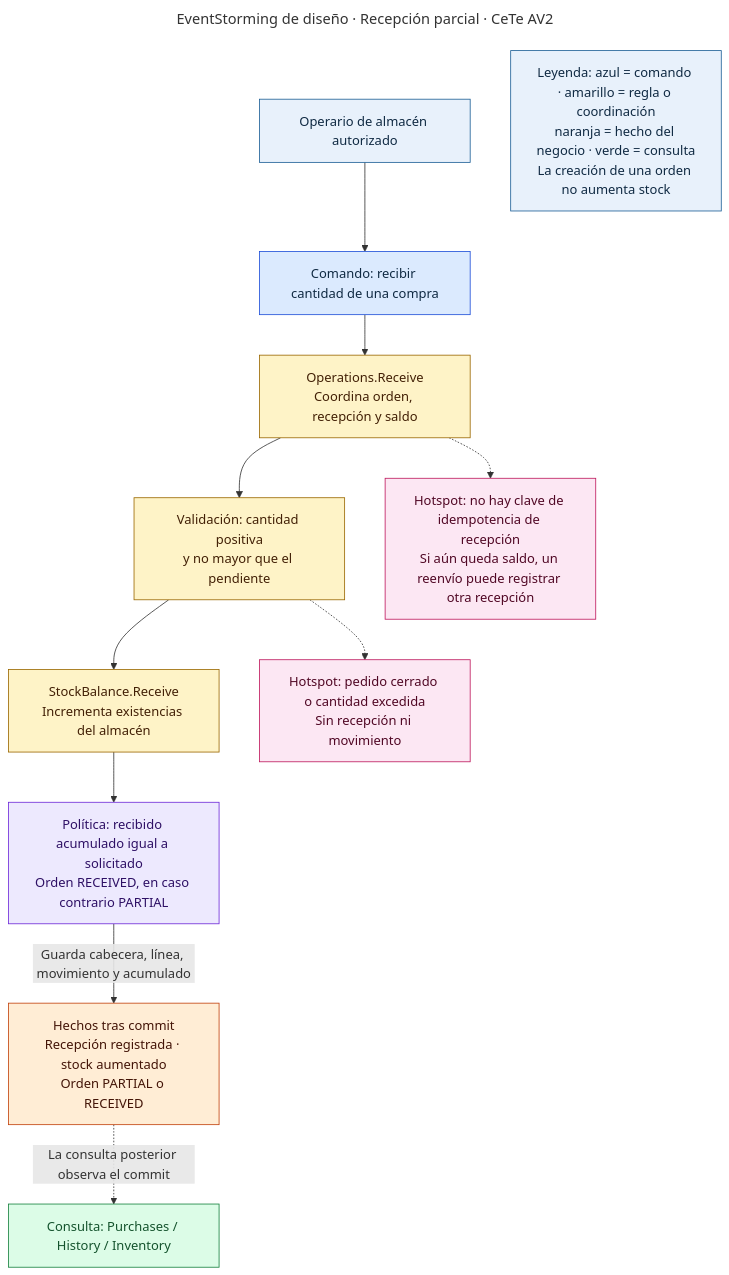
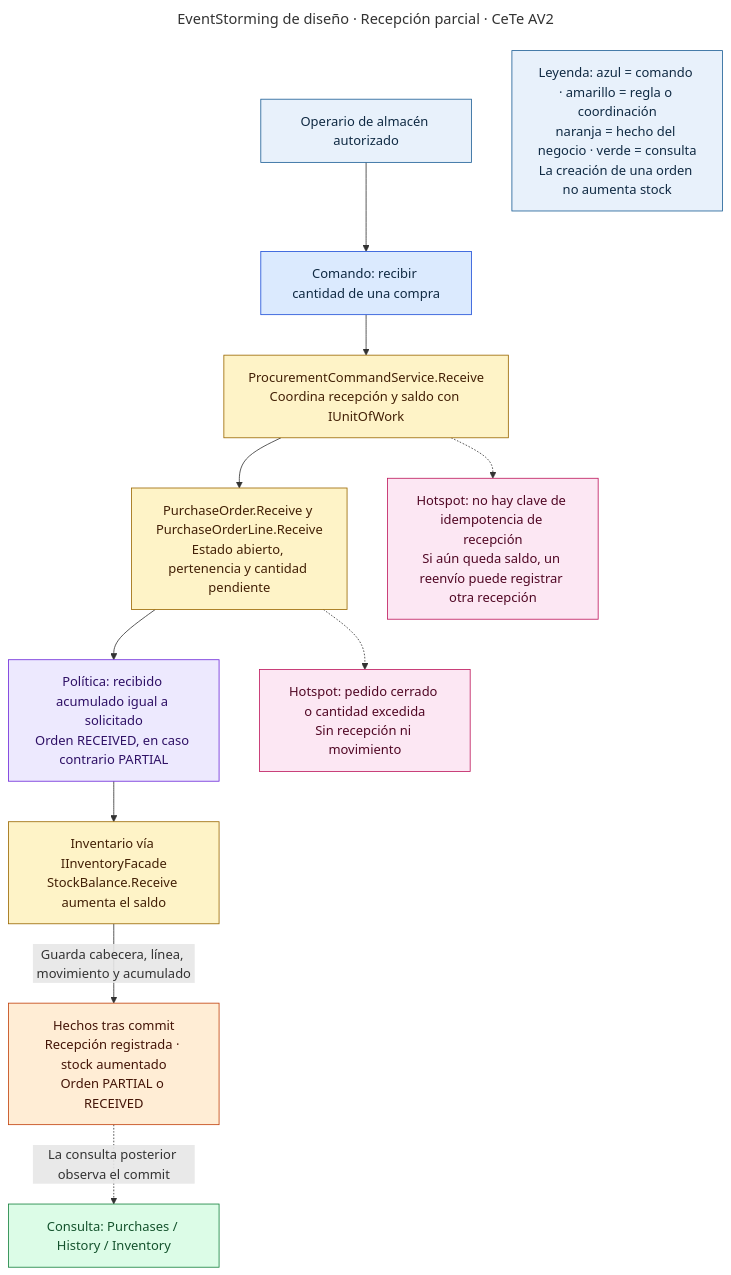
The diagram in diagrams/event-storming-receipt.mmd (Nexxus-ops/Report-CeTe), drawn with Mermaid before and after one commit. The commit also changed 34 other files, not shown here.

Commit message:
docs(architecture): align report with deployed DDD contexts

```diff
--- a/diagrams/event-storming-receipt.mmd
+++ b/diagrams/event-storming-receipt.mmd
@@ -1,28 +1,28 @@
 ---
 title: EventStorming de diseño · Recepción parcial · CeTe AV2
 ---
 flowchart TB
   A["Operario de almacén autorizado"]:::actor
   C["Comando: recibir cantidad de una compra"]:::command
-  O["Operations.Receive<br/>Coordina orden, recepción y saldo"]:::aggregate
-  P["Validación: cantidad positiva<br/>y no mayor que el pendiente"]:::aggregate
-  B["StockBalance.Receive<br/>Incrementa existencias del almacén"]:::aggregate
+  O["ProcurementCommandService.Receive<br/>Coordina recepción y saldo con IUnitOfWork"]:::aggregate
+  P["PurchaseOrder.Receive y PurchaseOrderLine.Receive<br/>Estado abierto, pertenencia y cantidad pendiente"]:::aggregate
+  B["Inventario vía IInventoryFacade<br/>StockBalance.Receive aumenta el saldo"]:::aggregate
   E["Hechos tras commit<br/>Recepción registrada · stock aumentado<br/>Orden PARTIAL o RECEIVED"]:::event
   Q["Consulta: Purchases / History / Inventory"]:::query
-  A --> C --> O --> P --> B
+  A --> C --> O --> P
   E -.->|"La consulta posterior observa el commit"| Q
   K["Leyenda: azul = comando · amarillo = regla o coordinación<br/>naranja = hecho del negocio · verde = consulta<br/>La creación de una orden no aumenta stock"]:::actor
 
   classDef actor fill:#E8F1FB,stroke:#1D5F96,color:#102A43
   classDef command fill:#DBEAFE,stroke:#1D4ED8,color:#102A43
   classDef aggregate fill:#FEF3C7,stroke:#9A6700,color:#422006
   classDef event fill:#FFEDD5,stroke:#C2410C,color:#431407
   classDef query fill:#DCFCE7,stroke:#15803D,color:#14532D
   F["Política: recibido acumulado igual a solicitado<br/>Orden RECEIVED, en caso contrario PARTIAL"]:::policy
   X["Hotspot: pedido cerrado o cantidad excedida<br/>Sin recepción ni movimiento"]:::hotspot
   R["Hotspot: no hay clave de idempotencia de recepción<br/>Si aún queda saldo, un reenvío puede registrar otra recepción"]:::hotspot
   P -.-> X
   O -.-> R
-  B --> F -->|"Guarda cabecera, línea, movimiento y acumulado"| E
+  P --> F --> B -->|"Guarda cabecera, línea, movimiento y acumulado"| E
   classDef policy fill:#EDE9FE,stroke:#6D28D9,color:#2E1065
   classDef hotspot fill:#FCE7F3,stroke:#BE185D,color:#500724
```
